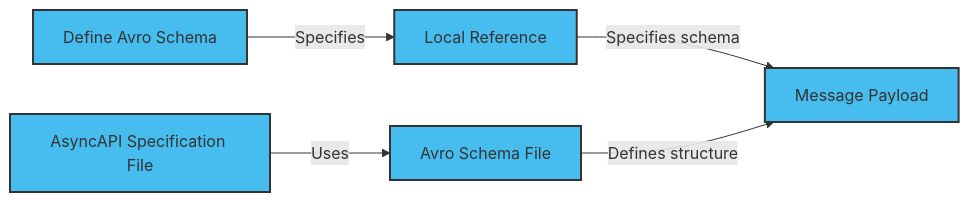
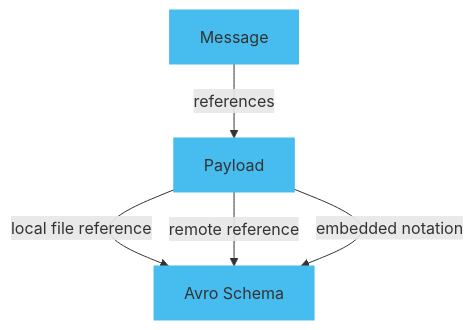
One commit to asyncapi/website changed the diagram in pages/docs/concepts/asyncapi document/payload-schema.md. Above: the diagram before and after it, drawn with Mermaid. The commit also changed other lines of this file, not shown here.

Commit message:
fixing the image

````diff
--- a/pages/docs/concepts/asyncapi document/payload-schema.md
+++ b/pages/docs/concepts/asyncapi document/payload-schema.md
@@ -22,19 +22,15 @@
 ```mermaid
-graph LR
-style A fill:#47BCEE, stroke:#333, stroke-width:2px;
-style C fill:#47BCEE, stroke:#333, stroke-width:2px;
-style D fill:#47BCEE, stroke:#333, stroke-width:2px;
-style B fill:#47BCEE, stroke:#333, stroke-width:2px;
-style E fill:#47BCEE, stroke:#333, stroke-width:2px;
+graph TD
+    A[Message]
+    B[Payload]
+    C[Avro Schema]
 
-A[Define Avro Schema]
-B[Local Reference]
-C[Avro Schema File]
-D[Message Payload]
-E[AsyncAPI Specification File]
+style A fill:#47BCEE,stroke:#47BCEE;
+style B fill:#47BCEE,stroke:#47BCEE;
+style C fill:#47BCEE,stroke:#47BCEE;
 
-A -->|Specifies| B
-B -->|Specifies schema| D
-E -->|Uses| C
-C -->|Defines structure| D
+  A -->|references| B
+  B -->|local file reference| C
+  B -->|remote reference| C
+  B -->|embedded notation| C
 ```
````
